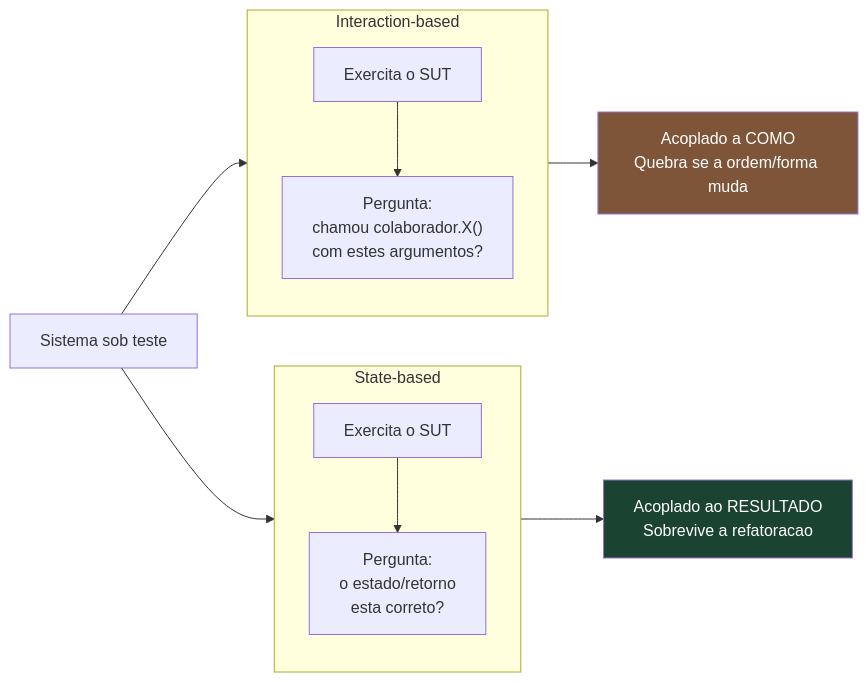
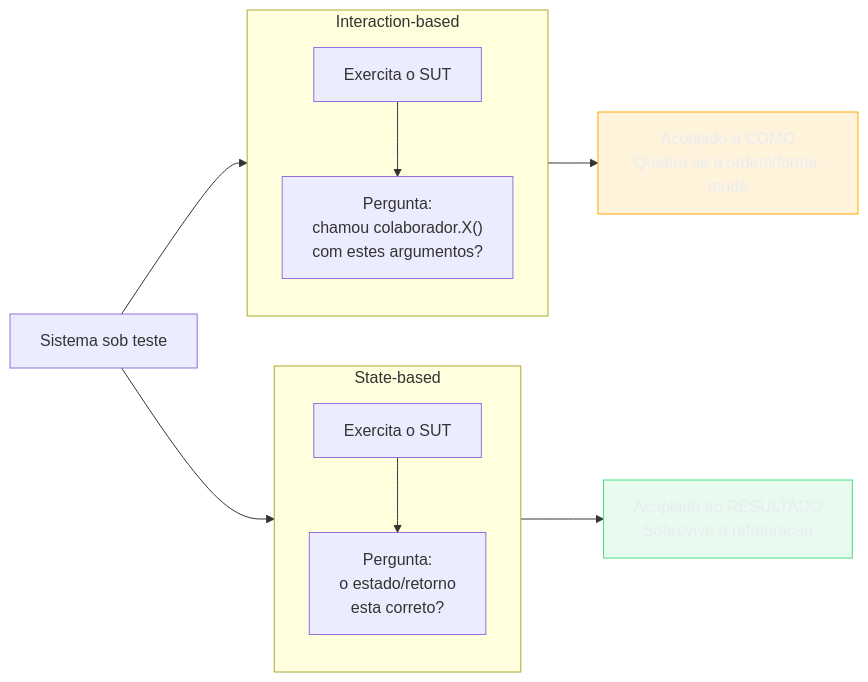
The second of 5 diagrams in 03-Dominios/Engenharia/Testes/06 - Testar comportamento, não implementação.md (josenaldo/codex-technomanticus), drawn with Mermaid before and after one commit. The commit also changed other lines of this file and 1181 other files, not shown here.

First line of the commit message:
fix(diagramas): paleta do sistema no lugar de cor cravada no markdown

````diff
--- a/03-Dominios/Engenharia/Testes/06 - Testar comportamento, não implementação.md
+++ b/03-Dominios/Engenharia/Testes/06 - Testar comportamento, não implementação.md
@@ -85,23 +87,25 @@
 ```mermaid
 flowchart LR
+    classDef ok fill:#4ADE8021,stroke:#4ADE80,color:#E9ECF2
+    classDef destaque fill:#FFAA0024,stroke:#FFAA00,color:#E9ECF2
     SUT["Sistema sob teste"]
 
     subgraph SB["State-based"]
         direction TB
         S1["Exercita o SUT"] --> S2["Pergunta:<br/>o estado/retorno<br/>esta correto?"]
     end
 
     subgraph IB["Interaction-based"]
         direction TB
         I1["Exercita o SUT"] --> I2["Pergunta:<br/>chamou colaborador.X()<br/>com estes argumentos?"]
     end
 
     SUT --> SB
     SUT --> IB
 
     S2 --> R1["Acoplado ao RESULTADO<br/>Sobrevive a refatoracao"]
     I2 --> R2["Acoplado a COMO<br/>Quebra se a ordem/forma muda"]
 
-    style R1 fill:#1b4332,color:#fff
-    style R2 fill:#7f5539,color:#fff
+    class R1 ok
+    class R2 destaque
 ```
````
